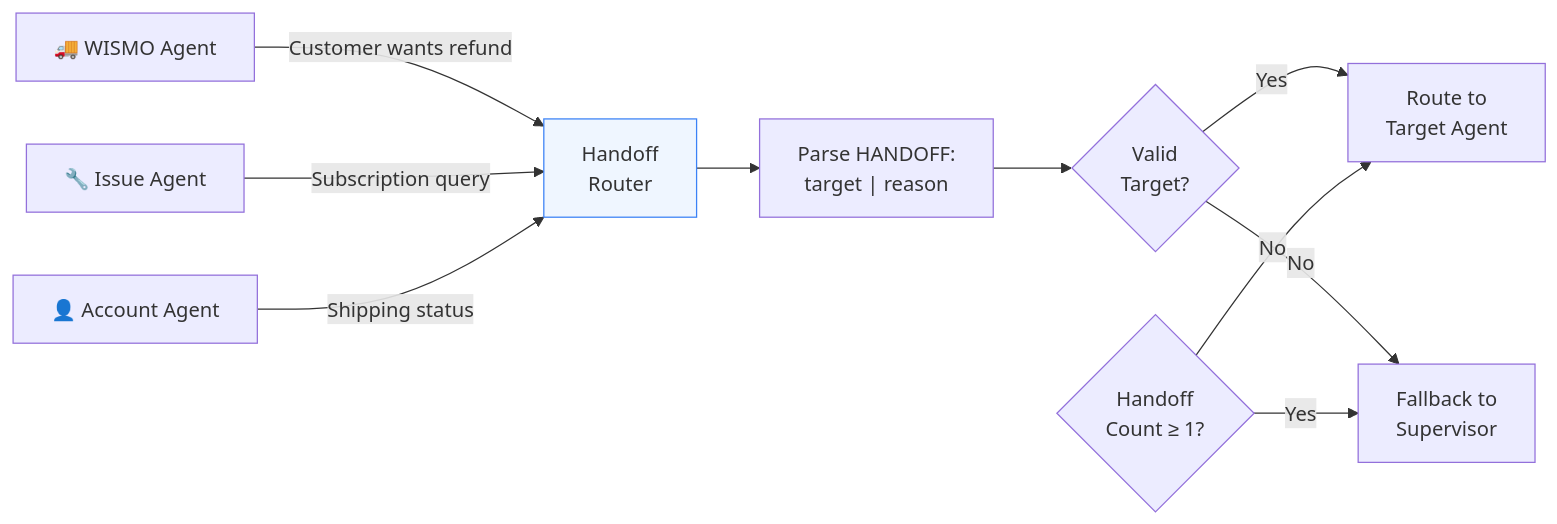
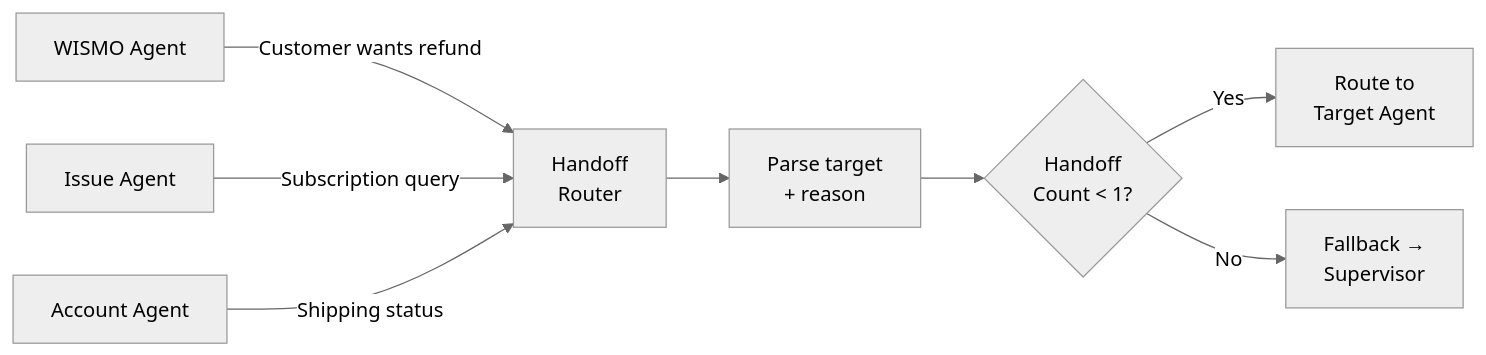
The tenth of 11 diagrams in README.md (EminDurmuSS/lookfor-hackathon), drawn with Mermaid before and after one commit. The commit also changed other lines of this file, not shown here.

````diff
--- a/README.md
+++ b/README.md
@@ -569,16 +529,12 @@
 ```mermaid
+%%{init: {'theme': 'neutral'}}%%
 flowchart LR
-    WA["🚚 WISMO Agent"] -->|"Customer wants refund"| HR["Handoff<br/>Router"]
-    IA["🔧 Issue Agent"] -->|"Subscription query"| HR
-    AA["👤 Account Agent"] -->|"Shipping status"| HR
+    WA["WISMO Agent"] -->|"Customer wants refund"| HR
+    IA["Issue Agent"] -->|"Subscription query"| HR
+    AA["Account Agent"] -->|"Shipping status"| HR
 
-    HR --> PARSE["Parse HANDOFF:<br/>target | reason"]
-    PARSE --> VALID{"Valid<br/>Target?"}
-    VALID -->|Yes| ROUTE["Route to<br/>Target Agent"]
-    VALID -->|No| SUP["Fallback to<br/>Supervisor"]
-
-    LIMIT{"Handoff<br/>Count ≥ 1?"} -->|Yes| SUP
-    LIMIT -->|No| ROUTE
-
-    style HR fill:#eff6ff,stroke:#3b82f6
+    HR["Handoff<br/>Router"] --> PARSE["Parse target<br/>+ reason"]
+    PARSE --> LIMIT{"Handoff<br/>Count < 1?"}
+    LIMIT -->|Yes| TARGET["Route to<br/>Target Agent"]
+    LIMIT -->|No| SUP["Fallback →<br/>Supervisor"]
 ```
````
